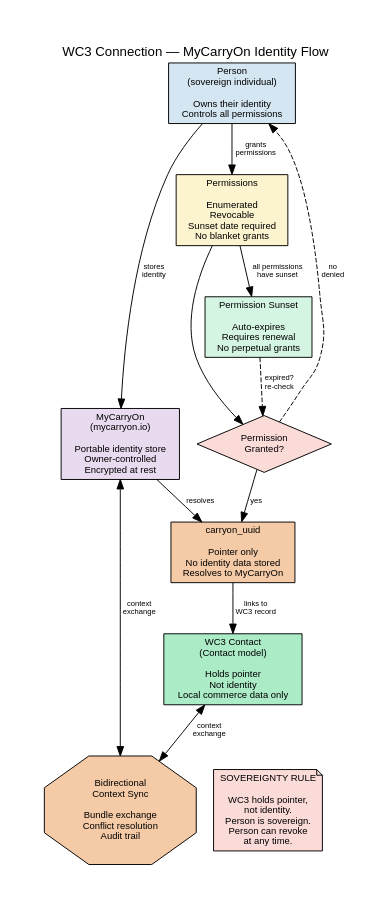
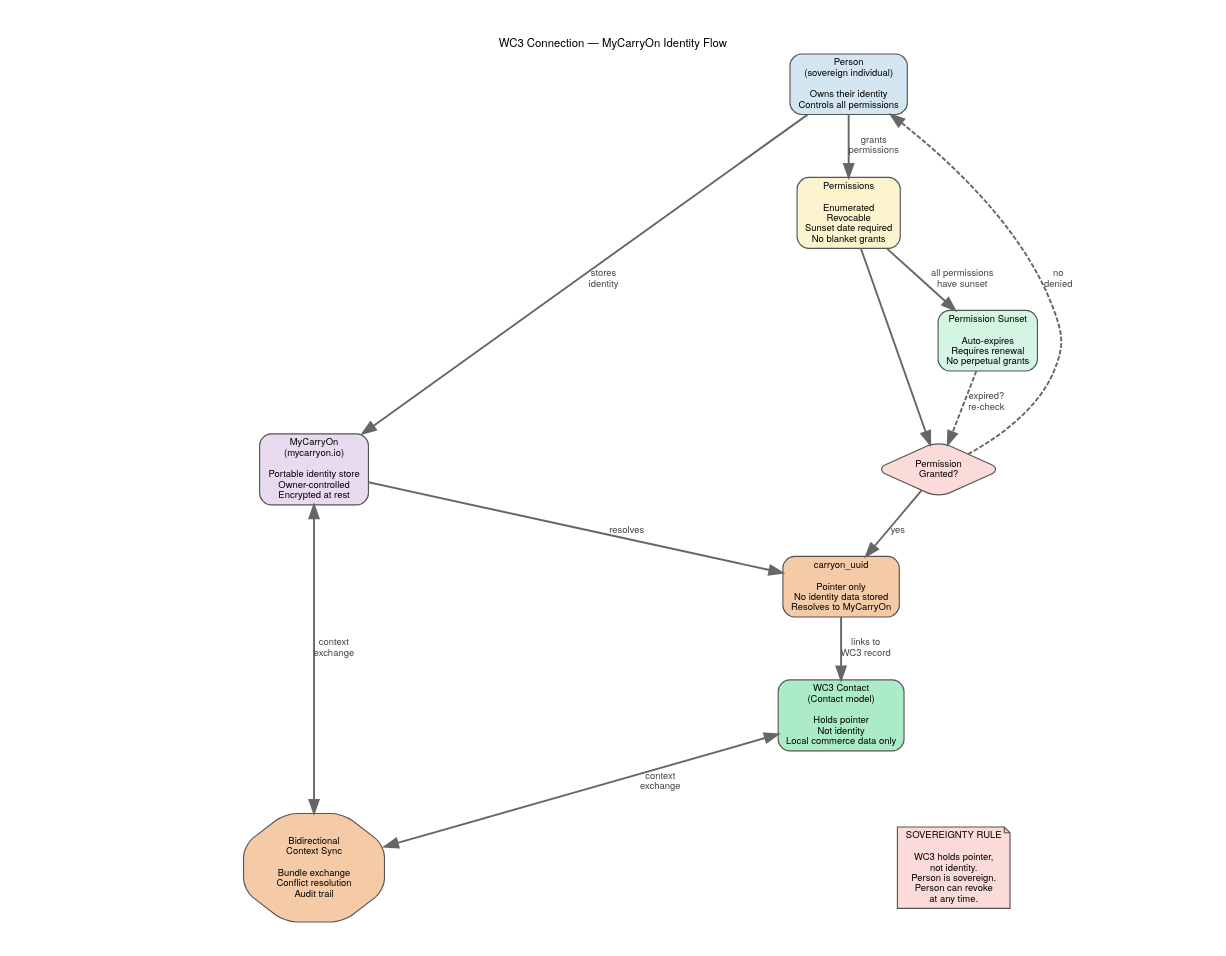
Before and after one commit to JPods/allie-core: the diagram in readmes/flowcharts/wc3-conn-identity.enriched.dot, drawn with Graphviz. The commit also changed 121 other files, not shown here.

First line of the commit message:
CodeMap: live architecture tool — 3 layers, 34 flowcharts, 55+ mapped nodes

```diff
--- a/readmes/flowcharts/wc3-conn-identity.enriched.dot
+++ b/readmes/flowcharts/wc3-conn-identity.enriched.dot
@@ -1,62 +1,86 @@
 // WC3 Connection: MyCarryOn Identity — sovereign identity and context sync
 // Render: dot -Tpdf wc3-conn-identity.dot -o wc3-conn-identity.pdf
 
 // CodeMap revision: 1 — 2026-08-11
 
 digraph wc3_conn_identity {
+    // ── CodeMap Standard Style ──
+    fontname="Helvetica Neue,Helvetica,Arial,sans-serif"
+    fontsize=12
+    bgcolor="white"
+    pad=0.4
+    nodesep=0.5
+    ranksep=0.6
+    splines=true
+    ratio=0.75
+
+    node [
+        fontname="Helvetica Neue,Helvetica,Arial,sans-serif"
+        fontsize=10
+        style="filled,rounded"
+        shape=box
+        penwidth=1.2
+        color="#555555"
+        margin="0.12,0.06"
+    ]
+
+    edge [
+        fontname="Helvetica Neue,Helvetica,Arial,sans-serif"
+        fontsize=10
+        penwidth=2.0
+        arrowhead=normal
+        arrowsize=1.4
+        color="#666666"
+        fontcolor="#444444"
+    ]
+
     rankdir=TB
-    fontname="Helvetica"
-    fontsize=11
-    node [fontname="Helvetica" fontsize=10 style=filled]
-    edge [fontname="Helvetica" fontsize=8]
     label="WC3 Connection — MyCarryOn Identity Flow"
     labelloc=t
-    fontsize=14
-    pad=0.5
 
     // ── Person ──
     person [label="Person\n(sovereign individual)\n\nOwns their identity\nControls all permissions" shape=box fillcolor="#D4E6F1"]
 
     // ── MyCarryOn ──
     mycarryon [label="MyCarryOn\n(mycarryon.io)\n\nPortable identity store\nOwner-controlled\nEncrypted at rest" shape=box fillcolor="#E8DAEF"]
 
     // ── Permissions ──
     permissions [label="Permissions\n\nEnumerated\nRevocable\nSunset date required\nNo blanket grants" shape=box fillcolor="#FCF3CF"]
 
     // ── Permission decision ──
     perm_check [label="Permission\nGranted?" shape=diamond fillcolor="#FADBD8"]
 
     // ── carryon_uuid pointer ──
     pointer [label="carryon_uuid\n\nPointer only\nNo identity data stored\nResolves to MyCarryOn" shape=box fillcolor="#F5CBA7"]
 
     // ── WC3 Contact ──
-    contact [label="WC3 Contact\n(Contact model)\n\nHolds pointer\nNot identity\nLocal commerce data only" shape=box fillcolor="#ABEBC6"]
+    contact [label="WC3 Contact\n(Contact model)\n\nHolds pointer\nNot identity\nLocal commerce data only" shape=box fillcolor="#ABEBC6" URL="vscode://file/Users/williamjames/Documents/CommerceExpert/webClerk3/apps/contacts/models/contact.py" target="_blank" tooltip="Central identity — customers, vendors, employees. Has related Email, Phone, Address models.\nModel: apps/contacts/models/contact.py"]
 
     // ── Context Sync ──
     sync [label="Bidirectional\nContext Sync\n\nBundle exchange\nConflict resolution\nAudit trail" shape=octagon fillcolor="#F5CBA7"]
 
     // ── Sovereignty note ──
     boundary [label="SOVEREIGNTY RULE\n\nWC3 holds pointer,\nnot identity.\nPerson is sovereign.\nPerson can revoke\nat any time." shape=note fillcolor="#FADBD8"]
 
     // ── Permission sunset ──
     sunset [label="Permission Sunset\n\nAuto-expires\nRequires renewal\nNo perpetual grants" shape=box fillcolor="#D5F5E3"]
 
     // ── Edges ──
     person -> mycarryon [label="stores\nidentity"]
     person -> permissions [label="grants\npermissions"]
     permissions -> perm_check
     perm_check -> pointer [label="yes"]
     perm_check -> person [label="no\ndenied" style=dashed]
 
     mycarryon -> pointer [label="resolves"]
     pointer -> contact [label="links to\nWC3 record"]
 
     contact -> sync [label="context\nexchange" dir=both]
     mycarryon -> sync [label="context\nexchange" dir=both]
 
     permissions -> sunset [label="all permissions\nhave sunset"]
     sunset -> perm_check [style=dashed label="expired?\nre-check"]
 
     // ── Boundary placement ──
     contact -> boundary [style=invis]
 }
```
